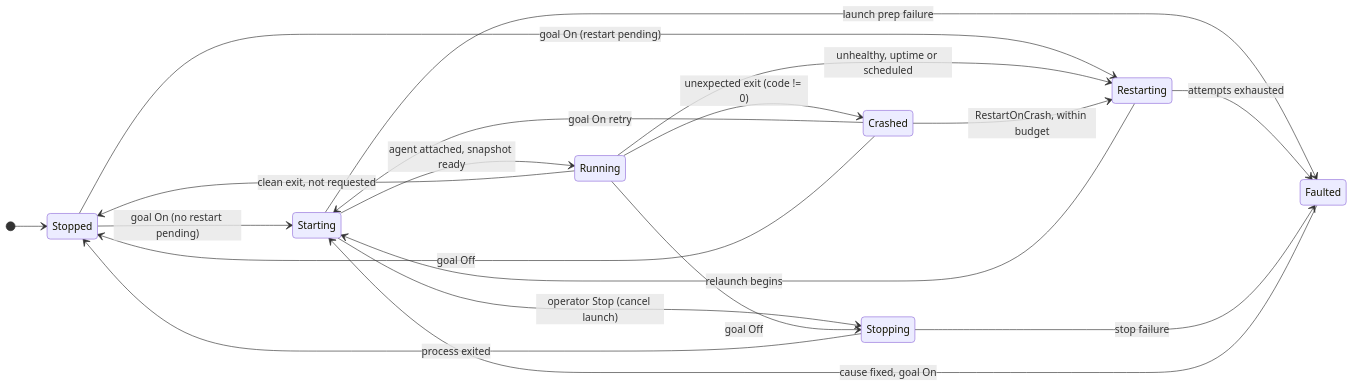
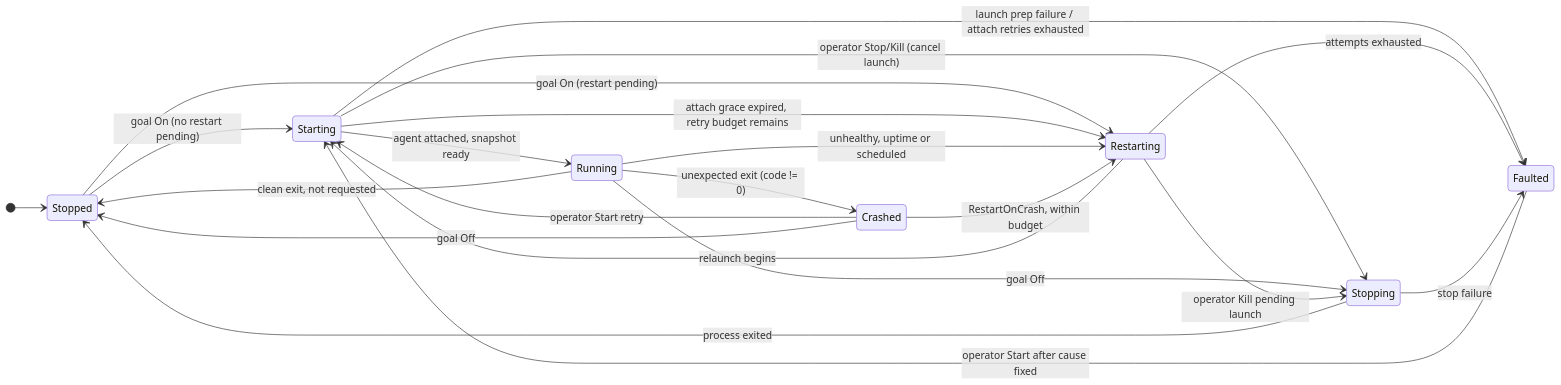
The second of 3 diagrams in Docs/StateMachines/DedicatedServerLifecycle.md (CometWorks/quasar), drawn with Mermaid before and after one commit. The commit also changed other lines of this file and 32 other files, not shown here.

First line of the commit message:
feat(server): harden managed launch retries (#63)

````diff
--- a/Docs/StateMachines/DedicatedServerLifecycle.md
+++ b/Docs/StateMachines/DedicatedServerLifecycle.md
@@ -55,22 +57,24 @@
 ```mermaid
 stateDiagram-v2
     direction LR
     [*] --> Stopped
     Stopped --> Starting: goal On (no restart pending)
     Stopped --> Restarting: goal On (restart pending)
     Starting --> Running: agent attached, snapshot ready
-    Starting --> Stopping: operator Stop (cancel launch)
-    Starting --> Faulted: launch prep failure
+    Starting --> Restarting: attach grace expired, retry budget remains
+    Starting --> Stopping: operator Stop/Kill (cancel launch)
+    Starting --> Faulted: launch prep failure / attach retries exhausted
     Running --> Stopping: goal Off
     Running --> Restarting: unhealthy, uptime or scheduled
     Running --> Crashed: unexpected exit (code != 0)
     Running --> Stopped: clean exit, not requested
     Restarting --> Starting: relaunch begins
+    Restarting --> Stopping: operator Kill pending launch
     Restarting --> Faulted: attempts exhausted
     Stopping --> Stopped: process exited
     Stopping --> Faulted: stop failure
     Crashed --> Restarting: RestartOnCrash, within budget
-    Crashed --> Starting: goal On retry
+    Crashed --> Starting: operator Start retry
     Crashed --> Stopped: goal Off
-    Faulted --> Starting: cause fixed, goal On
+    Faulted --> Starting: operator Start after cause fixed
 ```
````
